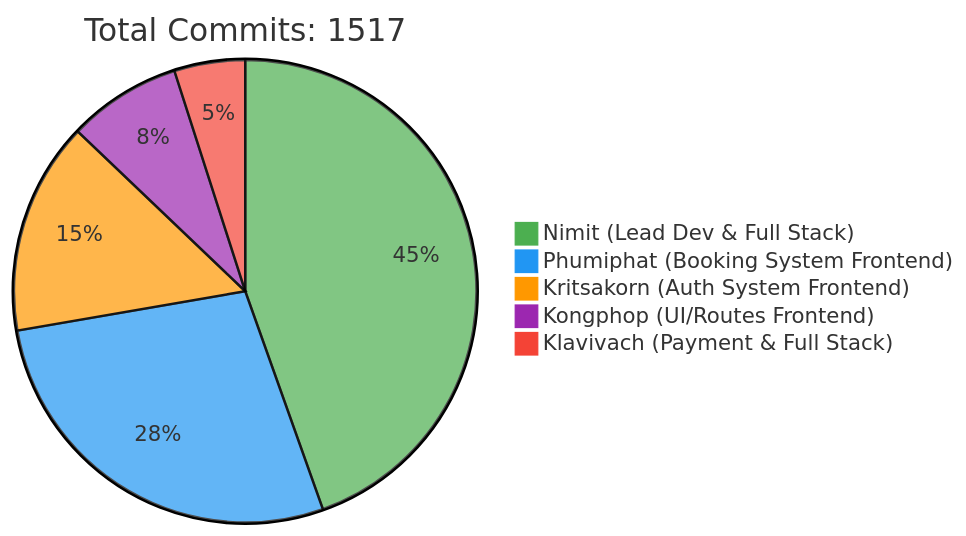
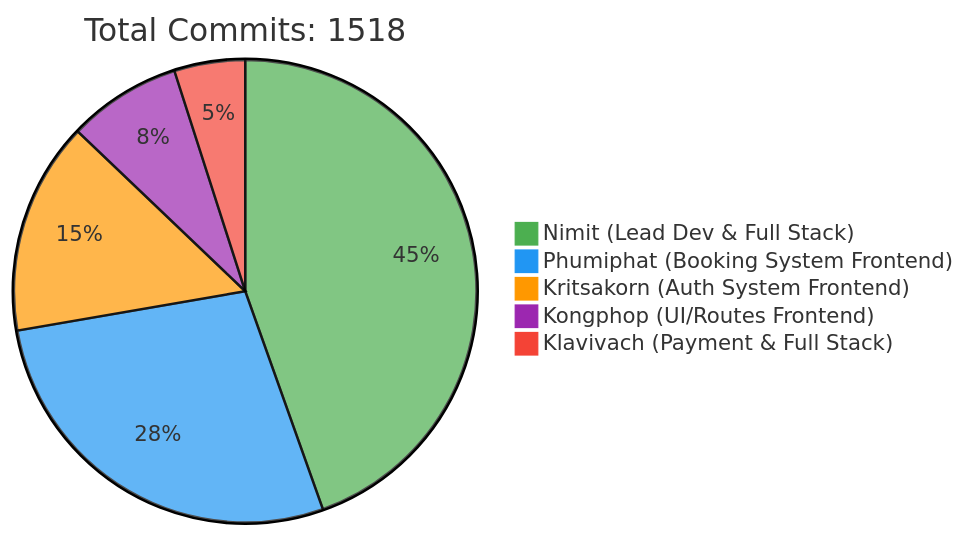
The first of 2 diagrams in README.md (6531503042/Sport-Complex), drawn with Mermaid before and after one commit. The commit also changed other lines of this file, not shown here.

Commit message:
docs: Update contributor statistics [skip ci]

````diff
--- a/README.md
+++ b/README.md
@@ -257,10 +257,10 @@
 ```mermaid
 %%{init: {'theme': 'base', 'themeVariables': { 'pie1': '#4CAF50', 'pie2': '#2196F3', 'pie3': '#FF9800', 'pie4': '#9C27B0', 'pie5': '#F44336'}}}%%
 pie
-    title Total Commits: 1517
+    title Total Commits: 1518
     "Nimit (Lead Dev & Full Stack)" : 450
     "Phumiphat (Booking System Frontend)" : 280
     "Kritsakorn (Auth System Frontend)" : 150
     "Kongphop (UI/Routes Frontend)" : 80
     "Klavivach (Payment & Full Stack)" : 50
 ```
````
